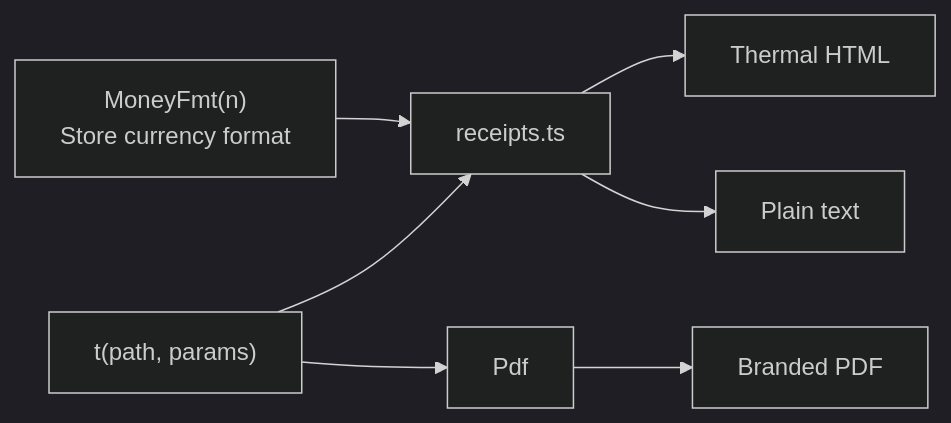
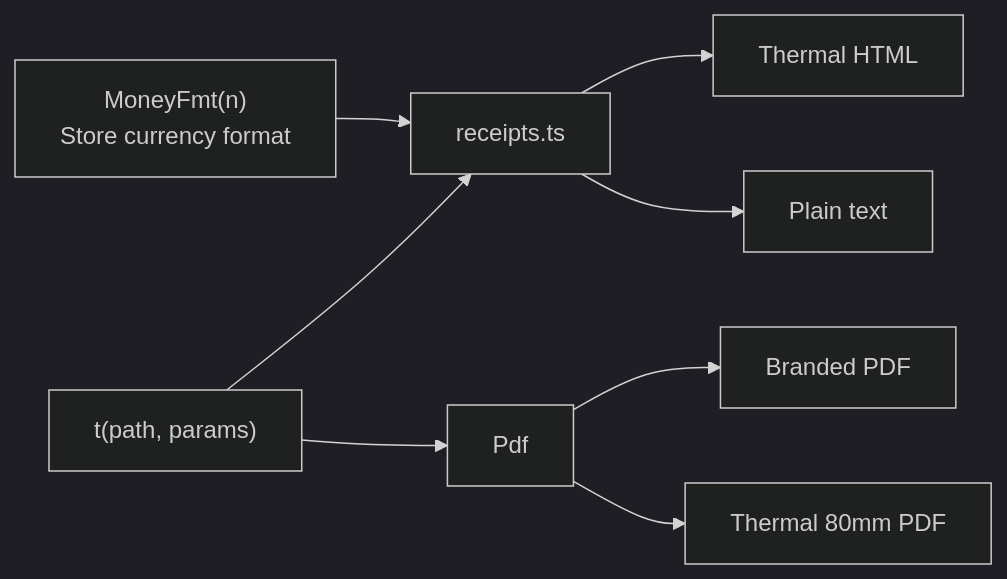
Before and after one commit to themclloyd/storq: the eighth of 10 diagrams in .qoder/repowiki/en/content/Point of Sale System/Receipt Generation.md, drawn with Mermaid (dark theme). The commit also changed other lines of this file and 27 other files, not shown here.

````diff
--- a/.qoder/repowiki/en/content/Point of Sale System/Receipt Generation.md
+++ b/.qoder/repowiki/en/content/Point of Sale System/Receipt Generation.md
@@ -260,9 +300,10 @@
 ```mermaid
 graph LR
 MoneyFn["MoneyFmt(n)<br/>Store currency format"] --> Receipts["receipts.ts"]
 I18n["t(path, params)"] --> Receipts
 I18n --> Pdf
 Receipts --> Html["Thermal HTML"]
 Receipts --> Txt["Plain text"]
 Pdf --> PdfDoc["Branded PDF"]
+Pdf --> ThermalPdf["Thermal 80mm PDF"]
 ```
````
